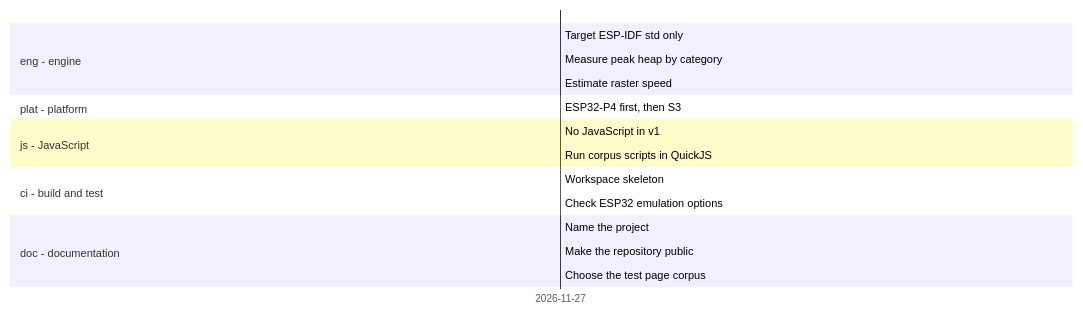
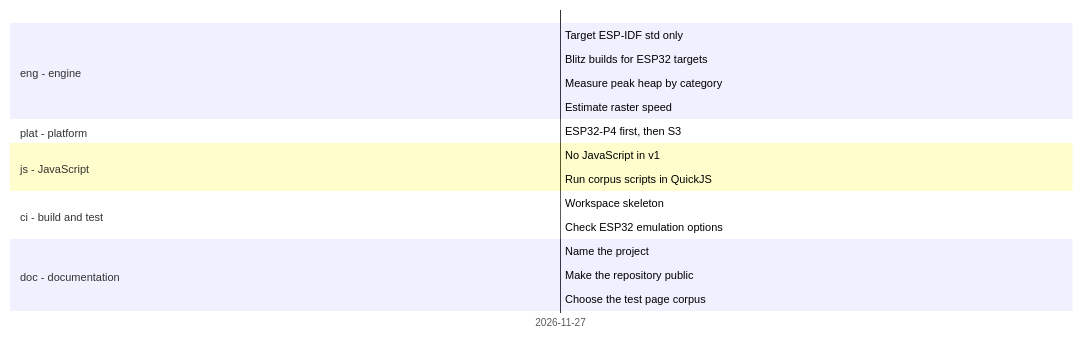
Before and after one commit to lhns/embedded-browser: the diagram in docs/roadmap/timeline.md, drawn with Mermaid. The commit also changed other lines of this file and 31 other files, not shown here.

First line of the commit message:
M0: Blitz cross-builds for ESP32-P4 (and S3 compile-only), size gate (#4)

````diff
--- a/docs/roadmap/timeline.md
+++ b/docs/roadmap/timeline.md
@@ -10,21 +10,22 @@
 ```mermaid
 gantt
     dateFormat YYYY-MM-DD
     axisFormat %Y-%m-%d
     section eng - engine
     Target ESP-IDF std only :eng_std_only_esp_idf, 2026-11-27, 2026-11-27
+    Blitz builds for ESP32 targets :eng_blitz_builds_esp, 2026-11-27, 2026-11-27
     Measure peak heap by category :eng_peak_heap, 2026-11-27, 2026-11-27
     Estimate raster speed :eng_raster_estimate, 2026-11-27, 2026-11-27
     section plat - platform
     ESP32-P4 first, then S3 :plat_boards_p4_first, 2026-11-27, 2026-11-27
     section js - JavaScript
     No JavaScript in v1 :js_no_js_in_v1, 2026-11-27, 2026-11-27
     Run corpus scripts in QuickJS :js_host_spike, 2026-11-27, 2026-11-27
     section ci - build and test
     Workspace skeleton :ci_workspace_skeleton, 2026-11-27, 2026-11-27
     Check ESP32 emulation options :ci_emulation_check, 2026-11-27, 2026-11-27
     section doc - documentation
     Name the project :doc_name_embedded_browser, 2026-11-27, 2026-11-27
     Make the repository public :doc_public_repo, 2026-11-27, 2026-11-27
     Choose the test page corpus :doc_corpus_choice, 2026-11-27, 2026-11-27
 ```
````
